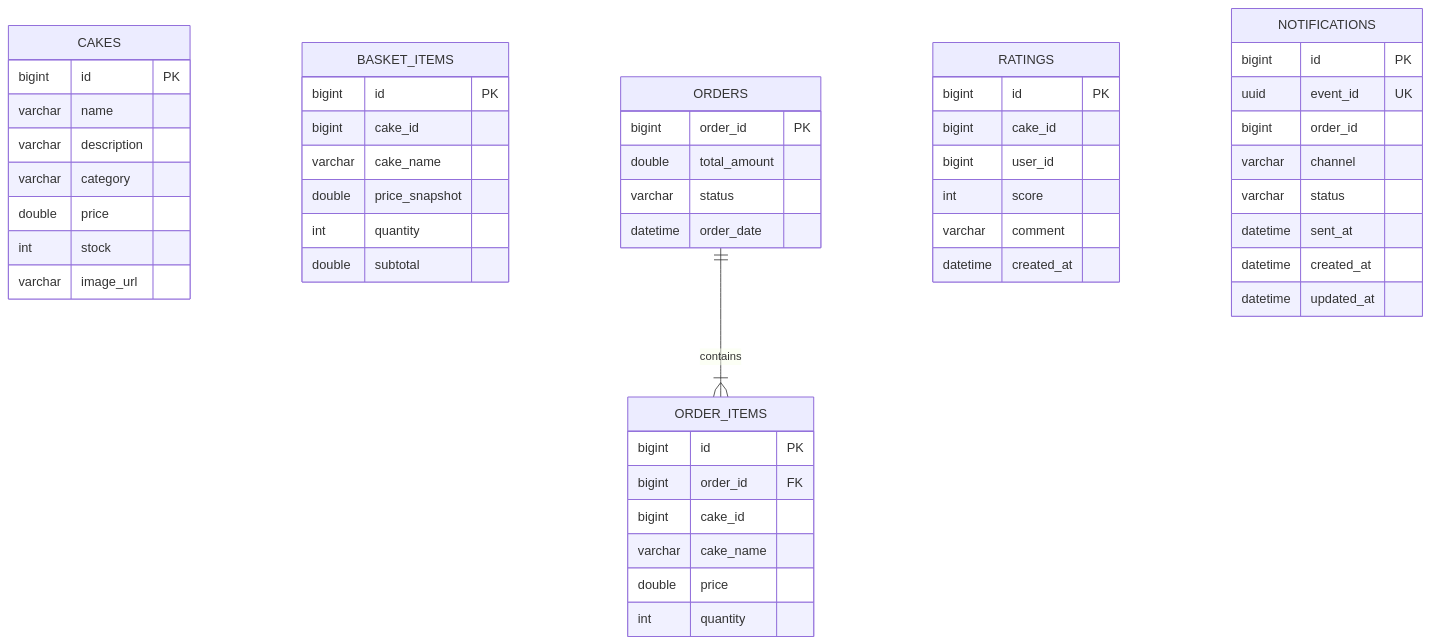
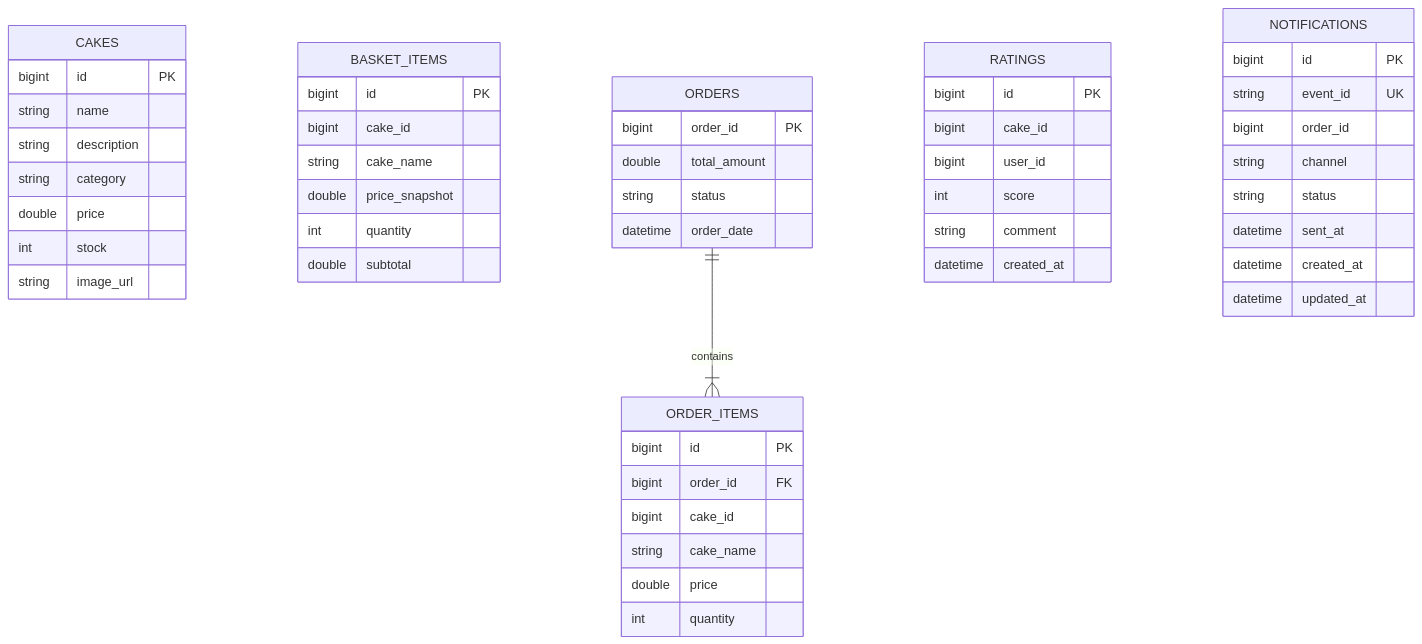
The third of 3 diagrams in docs/architecture.md (prathibha-15/Cake-Delight-), drawn with Mermaid before and after one commit. The commit also changed other lines of this file, not shown here.

Commit message:
docs(architecture): make Mermaid diagrams 100% GitHub-compatible

````diff
--- a/docs/architecture.md
+++ b/docs/architecture.md
@@ -122,59 +122,59 @@
 ```mermaid
 erDiagram
     CAKES {
         bigint id PK
-        varchar name
-        varchar description
-        varchar category
+        string name
+        string description
+        string category
         double price
         int stock
-        varchar image_url
+        string image_url
     }
 
     BASKET_ITEMS {
         bigint id PK
         bigint cake_id
-        varchar cake_name
+        string cake_name
         double price_snapshot
         int quantity
         double subtotal
     }
 
     ORDERS {
         bigint order_id PK
         double total_amount
-        varchar status
+        string status
         datetime order_date
     }
 
     ORDER_ITEMS {
         bigint id PK
         bigint order_id FK
         bigint cake_id
-        varchar cake_name
+        string cake_name
         double price
         int quantity
     }
 
     RATINGS {
         bigint id PK
         bigint cake_id
         bigint user_id
         int score
-        varchar comment
+        string comment
         datetime created_at
     }
 
     NOTIFICATIONS {
         bigint id PK
-        uuid event_id UK
+        string event_id UK
         bigint order_id
-        varchar channel
-        varchar status
+        string channel
+        string status
         datetime sent_at
         datetime created_at
         datetime updated_at
     }
 
     ORDERS ||--|{ ORDER_ITEMS : contains
 ```
````
